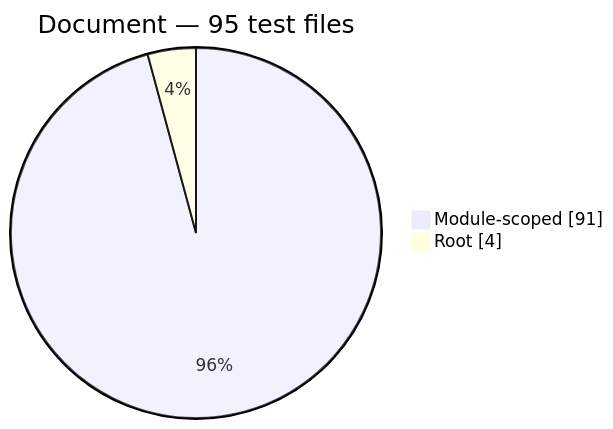
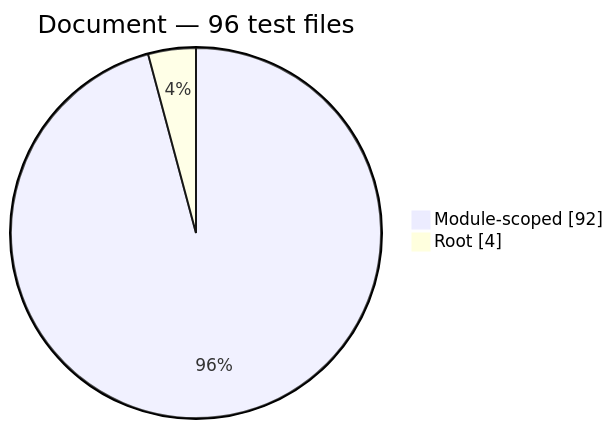
Before and after one commit to PHP-Arazzo/php-arazzo: the fourth of 13 diagrams in docs/generated/test-composition.md, drawn with Mermaid. The commit also changed other lines of this file and 9 other files, not shown here.

````diff
--- a/docs/generated/test-composition.md
+++ b/docs/generated/test-composition.md
@@ -60,6 +60,6 @@
 ```mermaid
 pie showData
-    title Document — 95 test files
-    "Module-scoped": 91
+    title Document — 96 test files
+    "Module-scoped": 92
     "Root": 4
 ```
````
